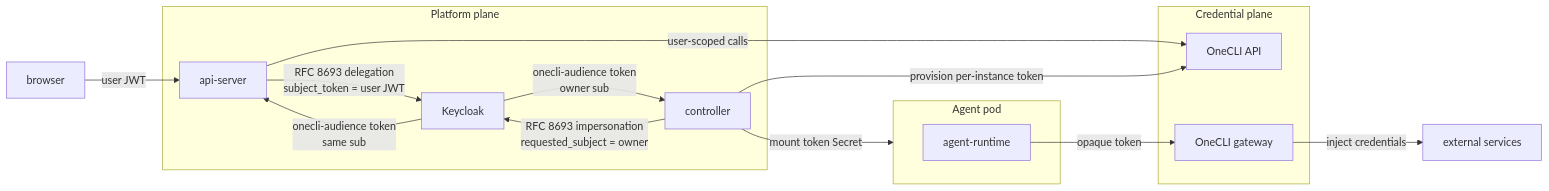
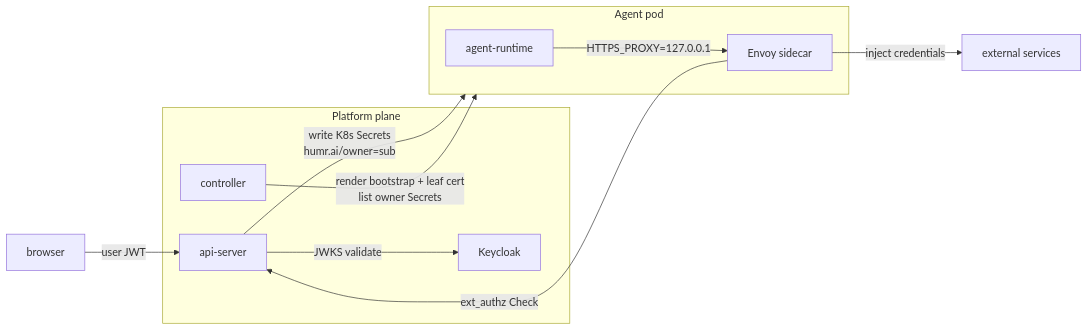
Before and after one commit to subbyte/dam: the diagram in docs/architecture/security-and-credentials.md, drawn with Mermaid. The commit also changed other lines of this file and 105 other files, not shown here.

Commit message:
chore(adr-033): remove OneCLI and the experimentalCredentialInjector flag (#74)

````diff
--- a/docs/architecture/security-and-credentials.md
+++ b/docs/architecture/security-and-credentials.md
@@ -28,35 +40,27 @@
 ```mermaid
 flowchart LR
   browser[browser]
 
   subgraph platform[Platform plane]
     api-server
     controller
     keycloak[Keycloak]
   end
 
-  subgraph credplane[Credential plane]
-    onecli-api[OneCLI API]
-    onecli-gw[OneCLI gateway]
-  end
-
   subgraph agentpod[Agent pod]
     agent-runtime
+    envoy[Envoy sidecar]
   end
 
   external[external services]
 
   browser -->|user JWT| api-server
+  api-server -->|JWKS validate| keycloak
 
-  api-server -->|RFC 8693 delegation<br/>subject_token = user JWT| keycloak
-  keycloak -->|onecli-audience token<br/>same sub| api-server
-  api-server -->|user-scoped calls| onecli-api
+  api-server -->|write K8s Secrets<br/>humr.ai/owner=sub| agentpod
+  controller -->|render bootstrap + leaf cert<br/>list owner Secrets| agentpod
 
-  controller -->|RFC 8693 impersonation<br/>requested_subject = owner| keycloak
-  keycloak -->|onecli-audience token<br/>owner sub| controller
-  controller -->|provision per-instance token| onecli-api
-
-  controller -->|mount token Secret| agentpod
-  agent-runtime -->|opaque token| onecli-gw
-  onecli-gw -->|inject credentials| external
+  agent-runtime -->|HTTPS_PROXY=127.0.0.1| envoy
+  envoy -->|ext_authz Check| api-server
+  envoy -->|inject credentials| external
 ```
````
